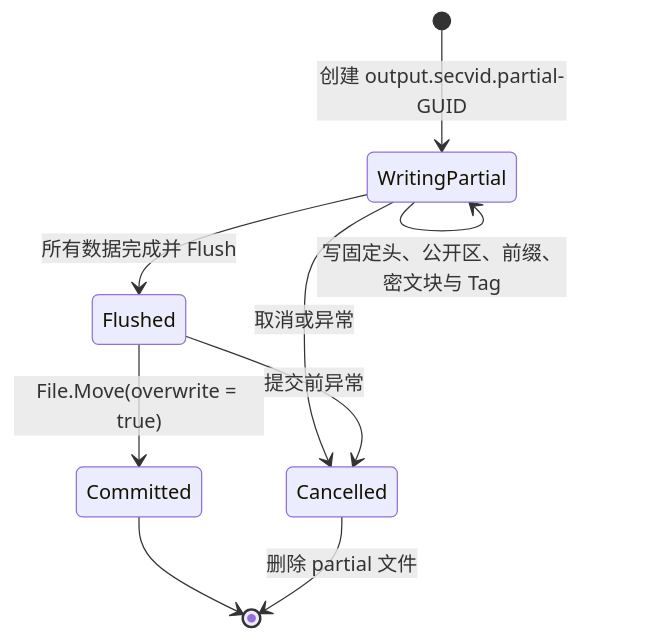
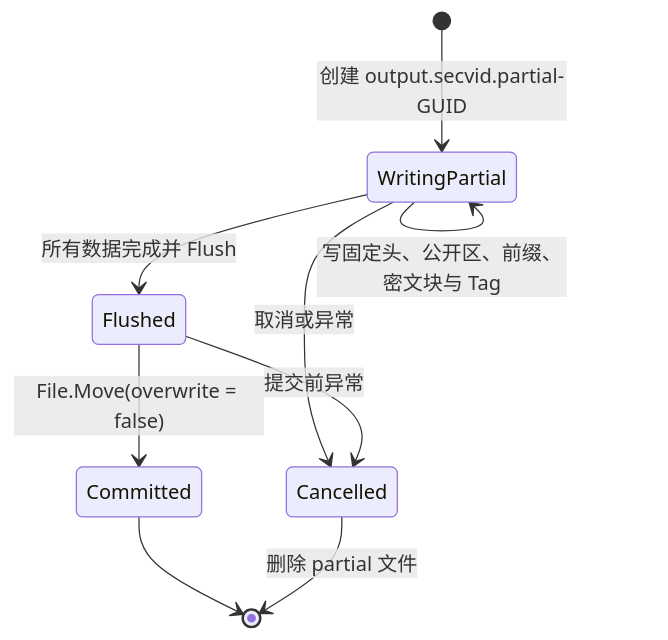
One commit to crownclowngx/avalonia_dock_simple_test changed the first of 2 diagrams in Plugins/MySmallTools/MySmallTools/docs/secret-video-player/secvid03-format.md. Above: the diagram before and after it, drawn with Mermaid. The commit also changed other lines of this file and 28 other files, not shown here.

````diff
--- a/Plugins/MySmallTools/MySmallTools/docs/secret-video-player/secvid03-format.md
+++ b/Plugins/MySmallTools/MySmallTools/docs/secret-video-player/secvid03-format.md
@@ -187,11 +187,11 @@
 ```mermaid
 stateDiagram-v2
     [*] --> WritingPartial: 创建 output.secvid.partial-GUID
     WritingPartial --> WritingPartial: 写固定头、公开区、前缀、密文块与 Tag
     WritingPartial --> Flushed: 所有数据完成并 Flush
-    Flushed --> Committed: File.Move(overwrite = true)
+    Flushed --> Committed: File.Move(overwrite = false)
     Committed --> [*]
     WritingPartial --> Cancelled: 取消或异常
     Flushed --> Cancelled: 提交前异常
     Cancelled --> [*]: 删除 partial 文件
 ```
````
